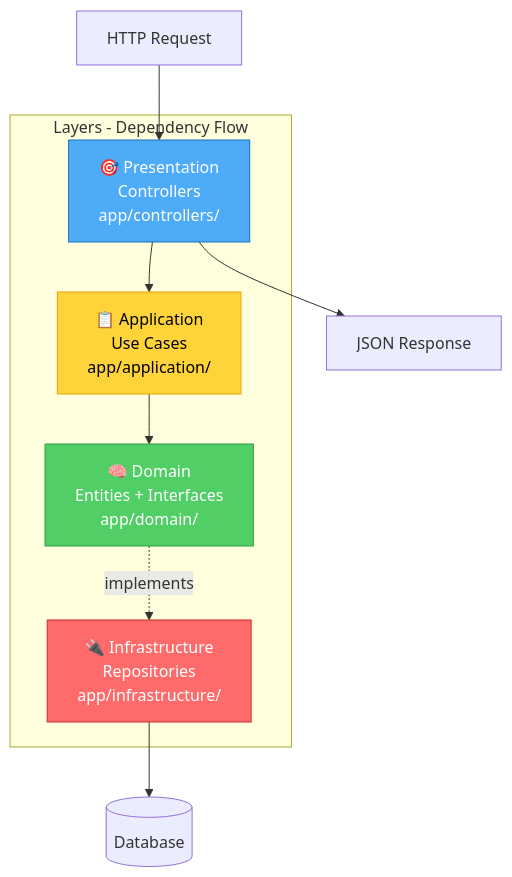
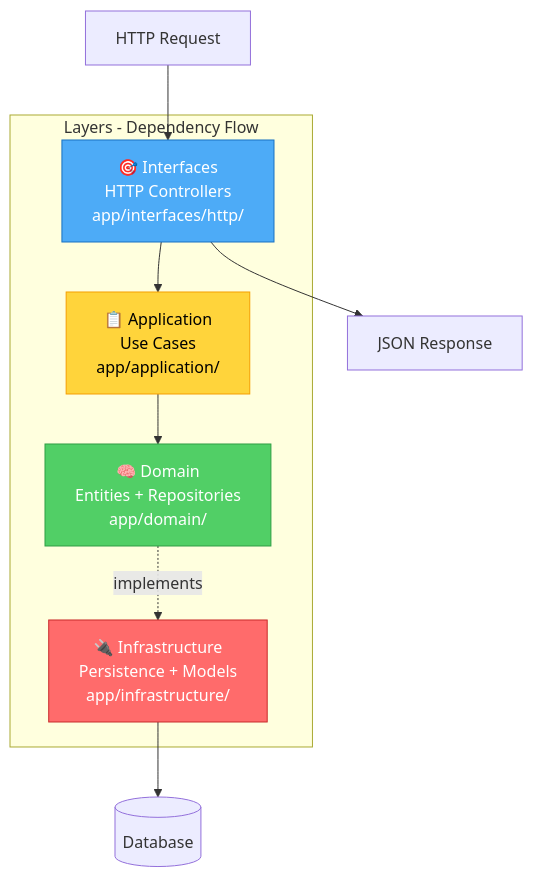
Before and after one commit to Asimpl3-Hero/RubyDoubleV: the second of 3 diagrams in docs/ARQUITECTURA.md, drawn with Mermaid. The commit also changed other lines of this file and 3 other files, not shown here.

````diff
--- a/docs/ARQUITECTURA.md
+++ b/docs/ARQUITECTURA.md
@@ -174,21 +192,21 @@
 ```mermaid
 graph TD
     subgraph "Layers - Dependency Flow"
-        PL[🎯 Presentation<br/>Controllers<br/>app/controllers/]
+        IL[🎯 Interfaces<br/>HTTP Controllers<br/>app/interfaces/http/]
         AL[📋 Application<br/>Use Cases<br/>app/application/]
-        DL[🧠 Domain<br/>Entities + Interfaces<br/>app/domain/]
-        IL[🔌 Infrastructure<br/>Repositories<br/>app/infrastructure/]
+        DL[🧠 Domain<br/>Entities + Repositories<br/>app/domain/]
+        INF[🔌 Infrastructure<br/>Persistence + Models<br/>app/infrastructure/]
     end
 
-    Request[HTTP Request] --> PL
-    PL --> AL
+    Request[HTTP Request] --> IL
+    IL --> AL
     AL --> DL
-    DL -.->|implements| IL
-    IL --> DB[(Database)]
-    PL --> Response[JSON Response]
+    DL -.->|implements| INF
+    INF --> DB[(Database)]
+    IL --> Response[JSON Response]
 
-    style PL fill:#4dabf7,stroke:#1971c2,color:#fff
+    style IL fill:#4dabf7,stroke:#1971c2,color:#fff
     style AL fill:#ffd43b,stroke:#f59f00,color:#000
     style DL fill:#51cf66,stroke:#2f9e44,color:#fff
-    style IL fill:#ff6b6b,stroke:#c92a2a,color:#fff
+    style INF fill:#ff6b6b,stroke:#c92a2a,color:#fff
 ```
````
